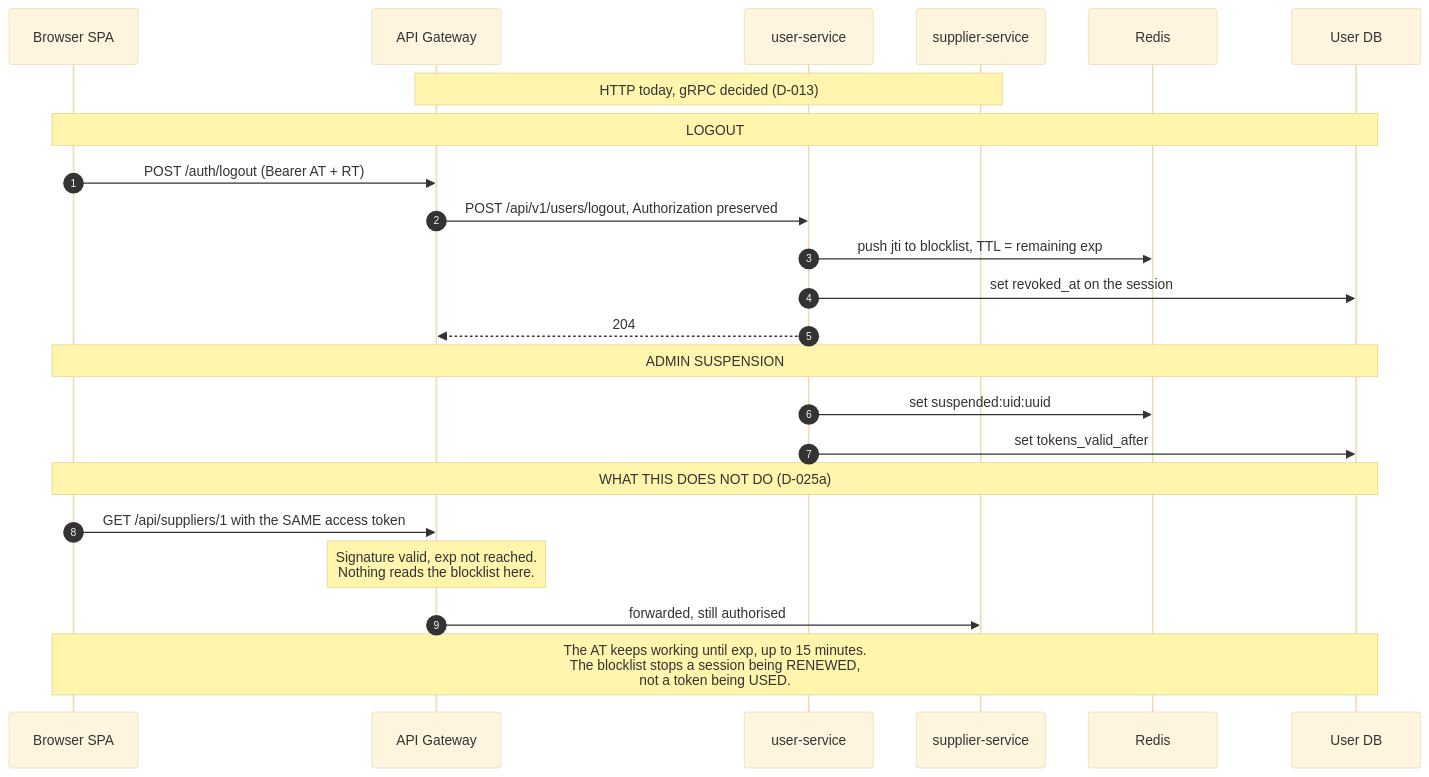
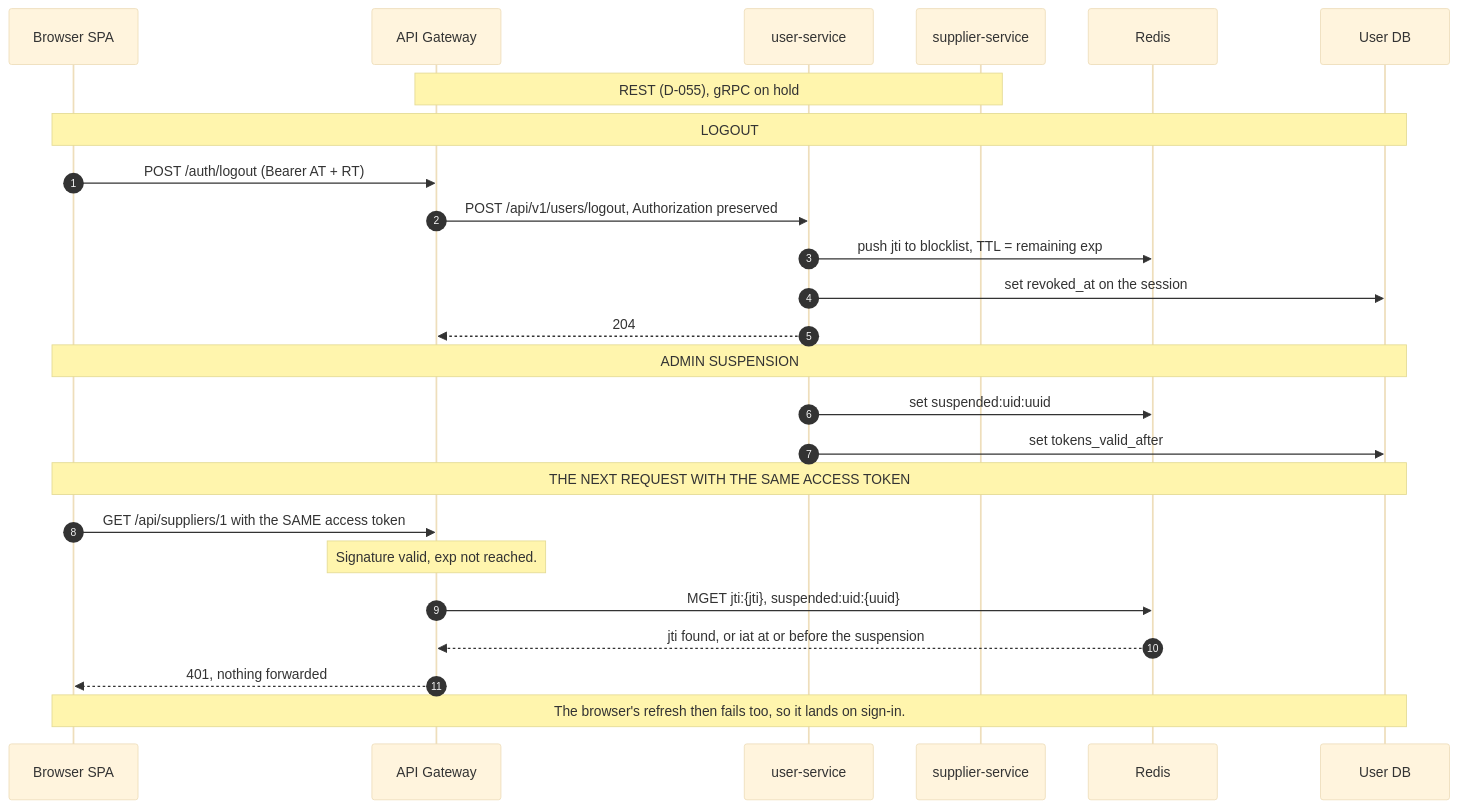
One commit to AY2627S1-CS3219-P2/FoC changed the fifth of 6 diagrams in ai/decisions/architecture.md. Above: the diagram before and after it, drawn with Mermaid (base theme). The commit also changed other lines of this file and 23 other files, not shown here.

````diff
--- a/ai/decisions/architecture.md
+++ b/ai/decisions/architecture.md
@@ -191,28 +203,30 @@
 ```mermaid
 sequenceDiagram
     autonumber
     participant UI as Browser SPA
     participant GW as API Gateway
     participant US as user-service
     participant SUP as supplier-service
     participant RDS as Redis
     participant DB as User DB
-    Note over GW,SUP: HTTP today, gRPC decided (D-013)
+    Note over GW,SUP: REST (D-055), gRPC on hold
 
     Note over UI,DB: LOGOUT
     UI->>GW: POST /auth/logout (Bearer AT + RT)
     GW->>US: POST /api/v1/users/logout, Authorization preserved
     US->>RDS: push jti to blocklist, TTL = remaining exp
     US->>DB: set revoked_at on the session
     US-->>GW: 204
 
     Note over UI,DB: ADMIN SUSPENSION
     US->>RDS: set suspended:uid:uuid
     US->>DB: set tokens_valid_after
 
-    Note over UI,DB: WHAT THIS DOES NOT DO (D-025a)
+    Note over UI,DB: THE NEXT REQUEST WITH THE SAME ACCESS TOKEN
     UI->>GW: GET /api/suppliers/1 with the SAME access token
-    Note over GW: Signature valid, exp not reached.<br/>Nothing reads the blocklist here.
-    GW->>SUP: forwarded, still authorised
-    Note over UI,DB: The AT keeps working until exp, up to 15 minutes.<br/>The blocklist stops a session being RENEWED,<br/>not a token being USED.
+    Note over GW: Signature valid, exp not reached.
+    GW->>RDS: MGET jti:{jti}, suspended:uid:{uuid}
+    RDS-->>GW: jti found, or iat at or before the suspension
+    GW-->>UI: 401, nothing forwarded
+    Note over UI,DB: The browser's refresh then fails too, so it lands on sign-in.
 ```
````
